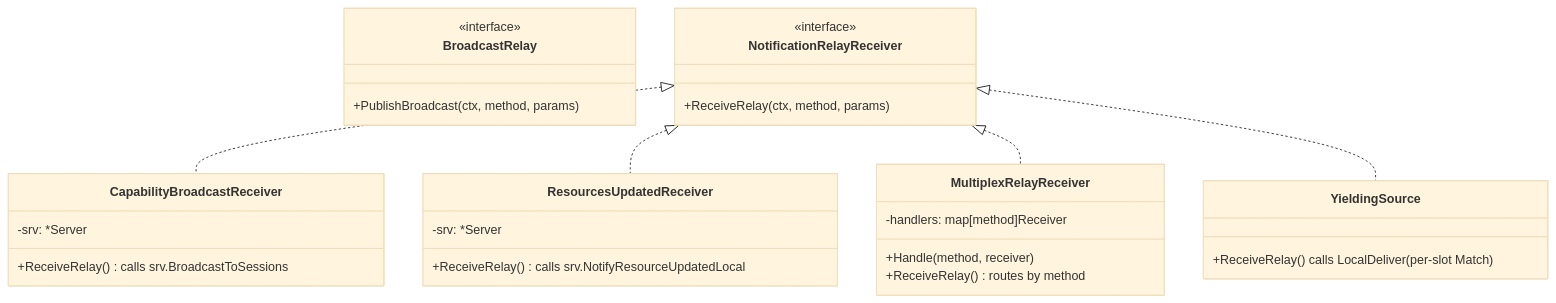
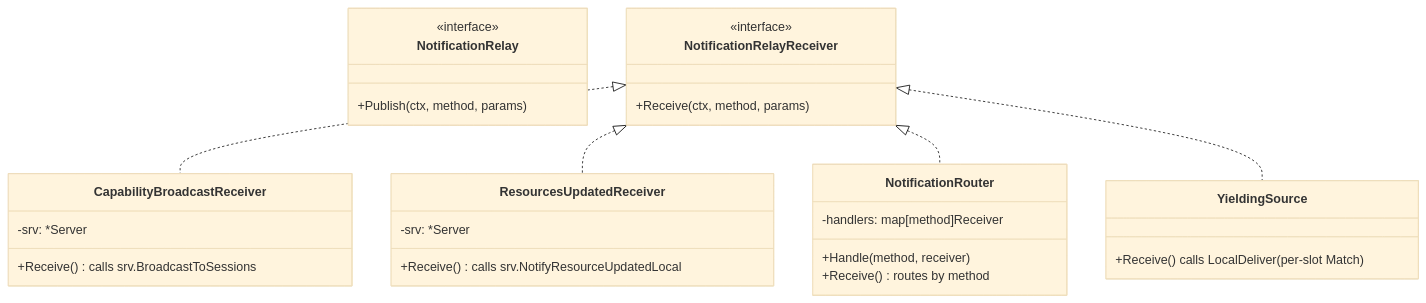
The second of 22 diagrams in docs/MULTI_REPLICA.md (panyam/mcpkit), drawn with Mermaid (base theme) before and after one commit. The commit also changed other lines of this file and 15 other files, not shown here.

First line of the commit message:
relay: rename BroadcastRelay → NotificationRelay + family (issue 770 PR A)

````diff
--- a/docs/MULTI_REPLICA.md
+++ b/docs/MULTI_REPLICA.md
@@ -94,31 +94,31 @@
 ```mermaid
 classDiagram
-    class BroadcastRelay {
+    class NotificationRelay {
         <<interface>>
-        +PublishBroadcast(ctx, method, params)
+        +Publish(ctx, method, params)
     }
     class NotificationRelayReceiver {
         <<interface>>
-        +ReceiveRelay(ctx, method, params)
+        +Receive(ctx, method, params)
     }
     class CapabilityBroadcastReceiver {
         -srv: *Server
-        +ReceiveRelay() calls srv.BroadcastToSessions
+        +Receive() calls srv.BroadcastToSessions
     }
     class ResourcesUpdatedReceiver {
         -srv: *Server
-        +ReceiveRelay() calls srv.NotifyResourceUpdatedLocal
+        +Receive() calls srv.NotifyResourceUpdatedLocal
     }
-    class MultiplexRelayReceiver {
+    class NotificationRouter {
         -handlers: map[method]Receiver
         +Handle(method, receiver)
-        +ReceiveRelay() routes by method
+        +Receive() routes by method
     }
     class YieldingSource {
-        +ReceiveRelay() calls LocalDeliver (per-slot Match)
+        +Receive() calls LocalDeliver (per-slot Match)
     }
     NotificationRelayReceiver <|.. CapabilityBroadcastReceiver
     NotificationRelayReceiver <|.. ResourcesUpdatedReceiver
-    NotificationRelayReceiver <|.. MultiplexRelayReceiver
+    NotificationRelayReceiver <|.. NotificationRouter
     NotificationRelayReceiver <|.. YieldingSource
 ```
````
